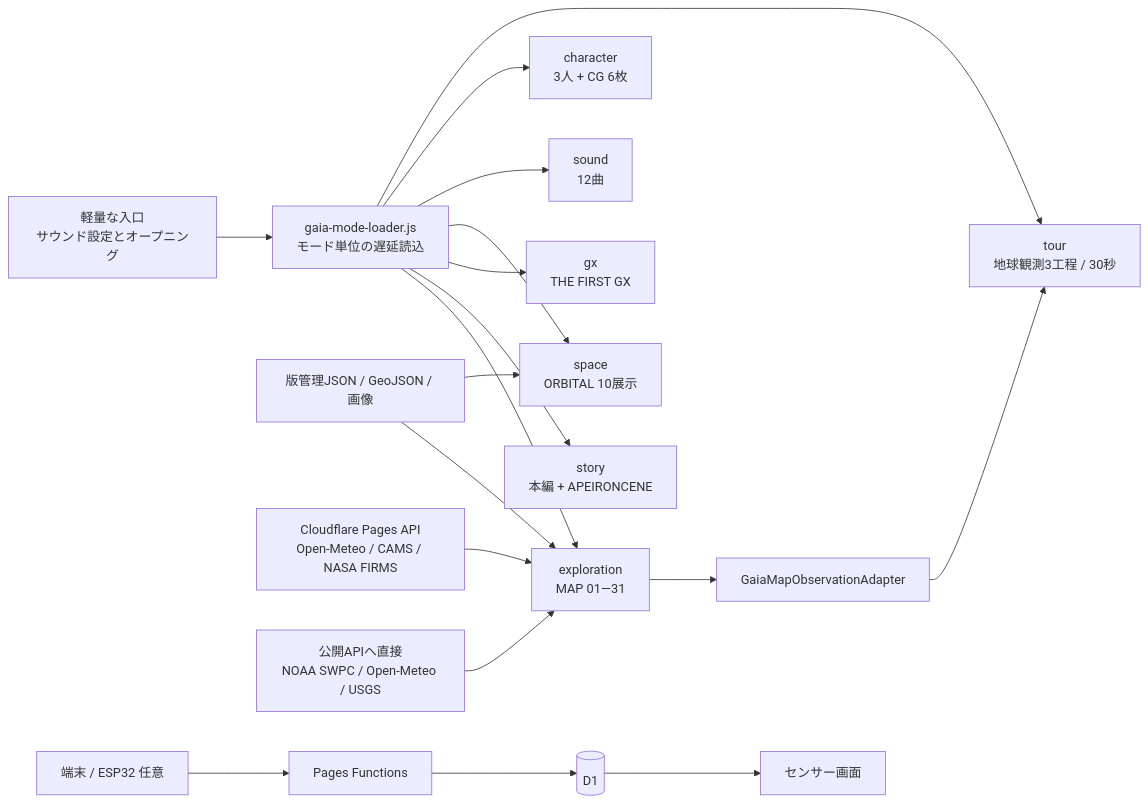
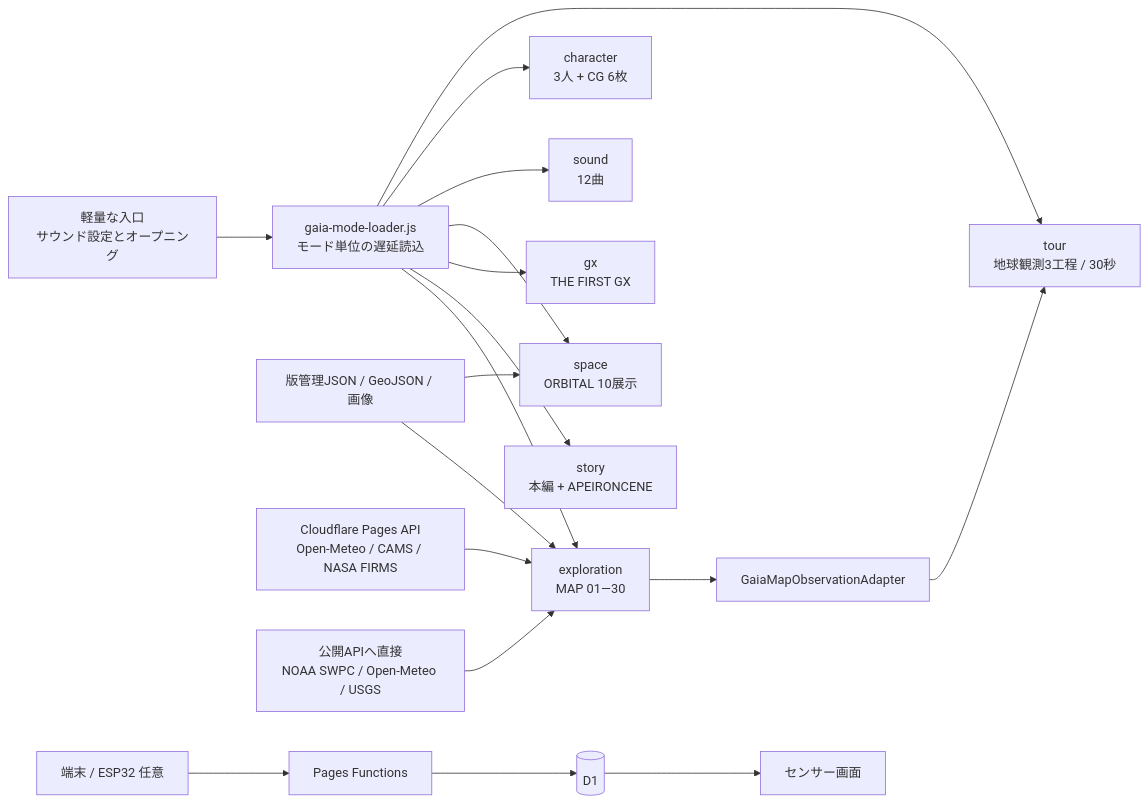
One commit to hinahina-vr/gaia-senseware changed the diagram in docs/ARCHITECTURE.md. Above: the diagram before and after it, drawn with Mermaid. The commit also changed other lines of this file and 53 other files, not shown here.

````diff
--- a/docs/ARCHITECTURE.md
+++ b/docs/ARCHITECTURE.md
@@ -7,22 +7,22 @@
 ```mermaid
 flowchart LR
   Entry["軽量な入口<br/>サウンド設定とオープニング"] --> Loader["gaia-mode-loader.js<br/>モード単位の遅延読込"]
-  Loader --> Explore["exploration<br/>MAP 01—31"]
+  Loader --> Explore["exploration<br/>MAP 01—30"]
   Loader --> Story["story<br/>本編 + APEIRONCENE"]
   Loader --> GX["gx<br/>THE FIRST GX"]
   Loader --> Space["space<br/>ORBITAL 10展示"]
   Loader --> Sound["sound<br/>12曲"]
   Loader --> Character["character<br/>3人 + CG 6枚"]
   Loader --> Tour["tour<br/>地球観測3工程 / 30秒"]
 
   Snapshot["版管理JSON / GeoJSON / 画像"] --> Explore
   Snapshot --> Space
   PagesAPI["Cloudflare Pages API<br/>Open-Meteo / CAMS / NASA FIRMS"] --> Explore
   PublicAPI["公開APIへ直接<br/>NOAA SWPC / Open-Meteo / USGS"] --> Explore
 
   Explore --> MapAdapter[GaiaMapObservationAdapter]
   MapAdapter --> Tour
   Sensor["端末 / ESP32 任意"] --> Functions["Pages Functions"]
   Functions --> D1[(D1)]
   D1 --> SensorUI["センサー画面"]
 ```
````
